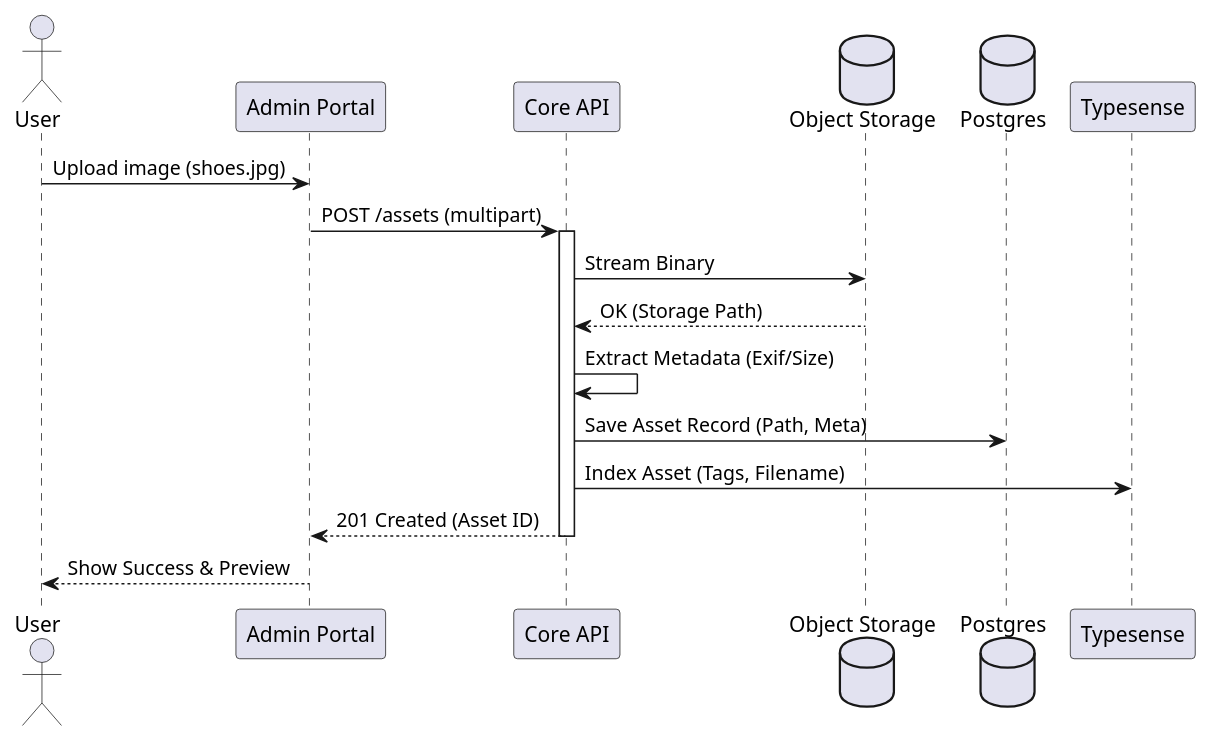
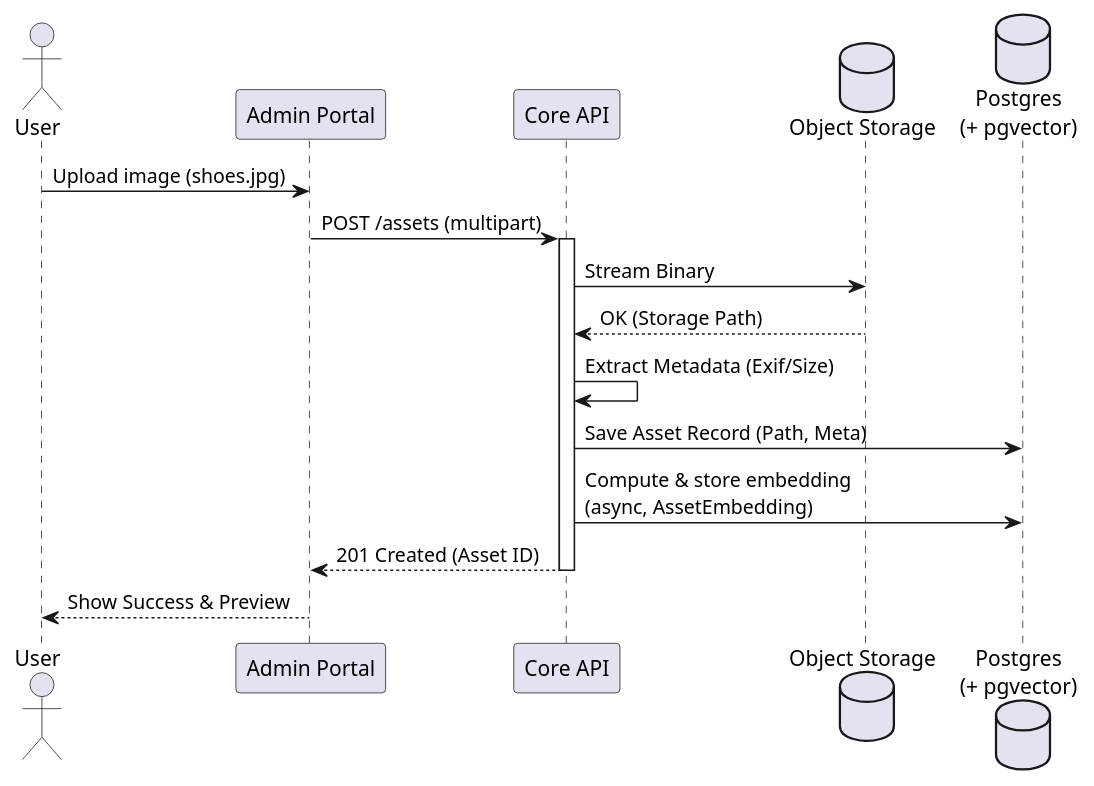
One commit to Capri-Labs/capri-dam changed the first of 2 diagrams in docs/architecture/src/06_runtime_view.adoc. Above: the diagram before and after it, drawn with PlantUML. The commit also changed other lines of this file and 50 other files, not shown here.

```diff
--- a/docs/architecture/src/06_runtime_view.adoc
+++ b/docs/architecture/src/06_runtime_view.adoc
@@ -7,26 +7,25 @@
 [plantuml, target="runtime-upload", format="svg"]
 ....
 @startuml
 actor User
 participant "Admin Portal" as UI
 participant "Core API" as API
 database "Object Storage" as S3
-database "Postgres" as DB
-participant "Typesense" as Search
+database "Postgres\n(+ pgvector)" as DB
 
 User -> UI : Upload image (shoes.jpg)
 UI -> API : POST /assets (multipart)
 activate API
 
 API -> S3 : Stream Binary
 S3 --> API : OK (Storage Path)
 
 API -> API : Extract Metadata (Exif/Size)
 API -> DB : Save Asset Record (Path, Meta)
-API -> Search : Index Asset (Tags, Filename)
+API -> DB : Compute & store embedding\n(async, AssetEmbedding)
 
 API --> UI : 201 Created (Asset ID)
 deactivate API
 UI --> User : Show Success & Preview
 @enduml
 ....
```
